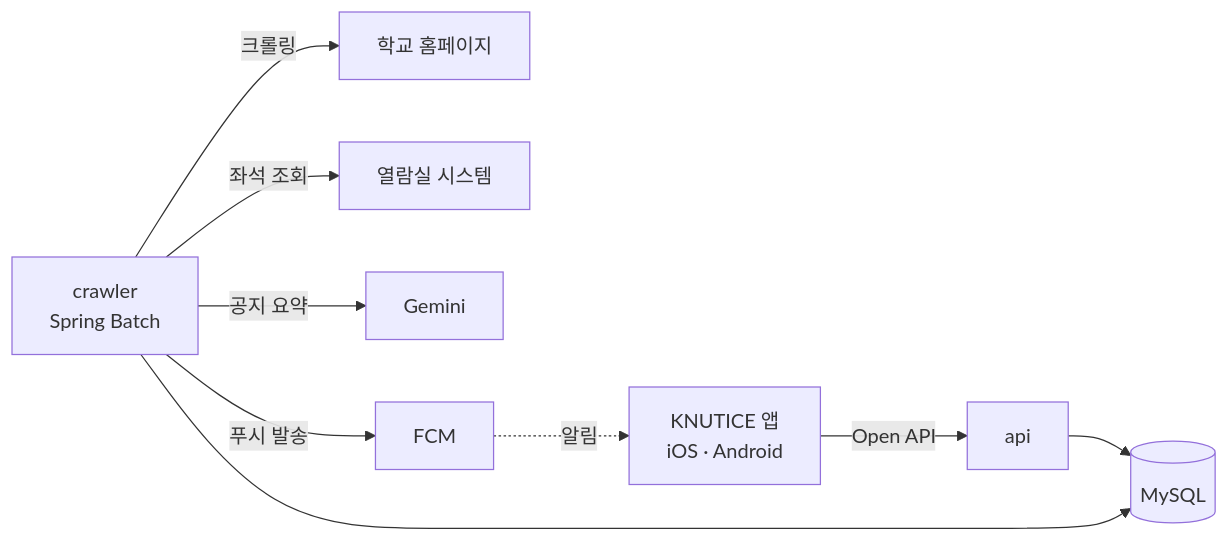
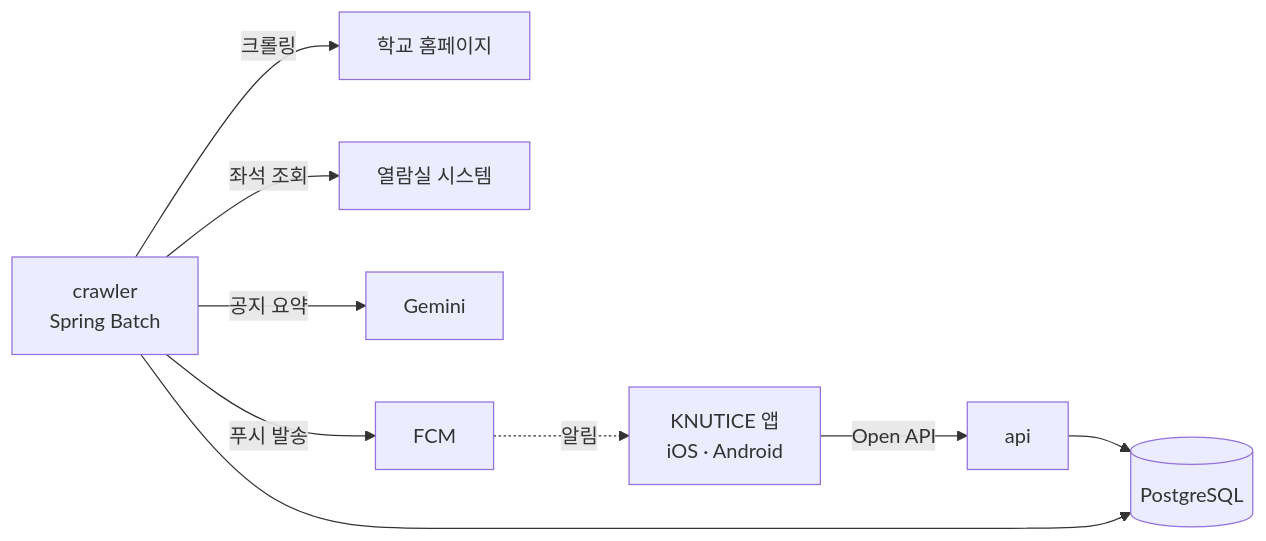
Before and after one commit to KNUTICE/KNUTICE-SERVER-Kotlin: the diagram in README.md, drawn with Mermaid. The commit also changed other lines of this file, not shown here.

Commit message:
docs: README 의 데이터베이스를 PostgreSQL 로 갱신

````diff
--- a/README.md
+++ b/README.md
@@ -40,11 +40,11 @@
 ```mermaid
 flowchart LR
     App["KNUTICE 앱<br/>iOS · Android"] -- "Open API" --> API["api"]
-    API --> DB[("MySQL")]
+    API --> DB[("PostgreSQL")]
     Crawler["crawler<br/>Spring Batch"] --> DB
     Crawler -- "크롤링" --> School["학교 홈페이지"]
     Crawler -- "좌석 조회" --> Room["열람실 시스템"]
     Crawler -- "공지 요약" --> Gemini["Gemini"]
     Crawler -- "푸시 발송" --> FCM["FCM"]
     FCM -. "알림" .-> App
 ```
````
